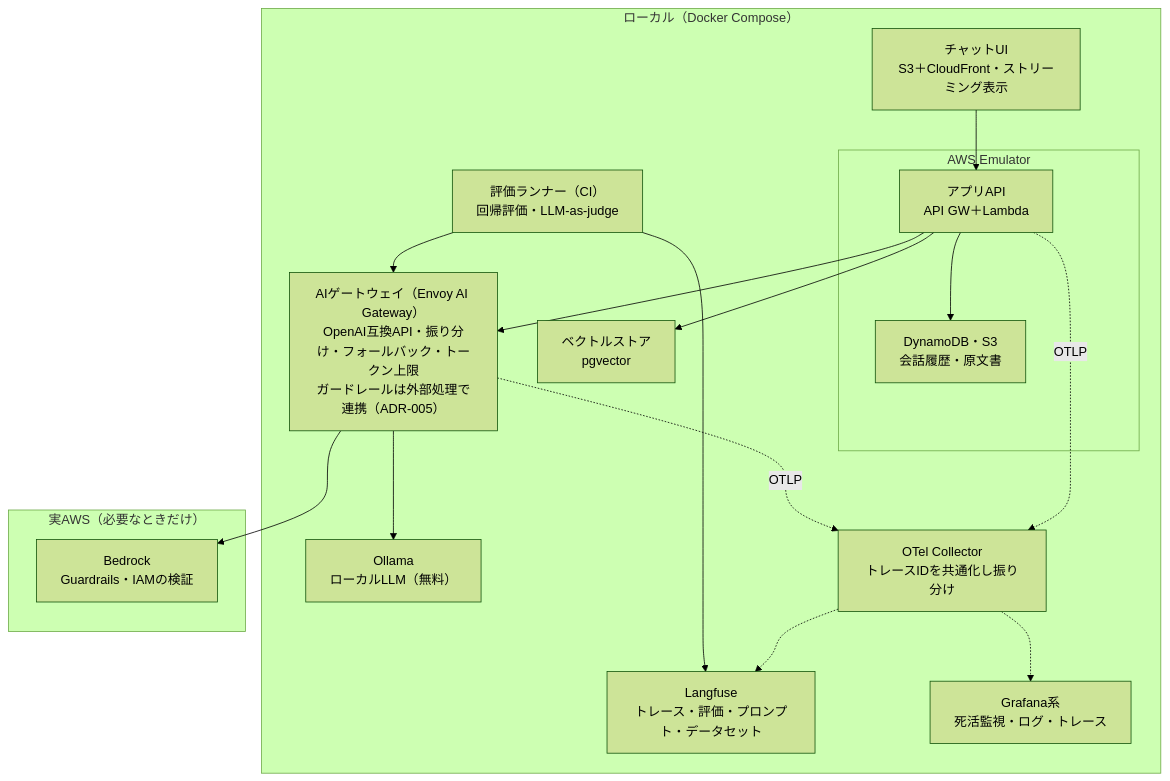
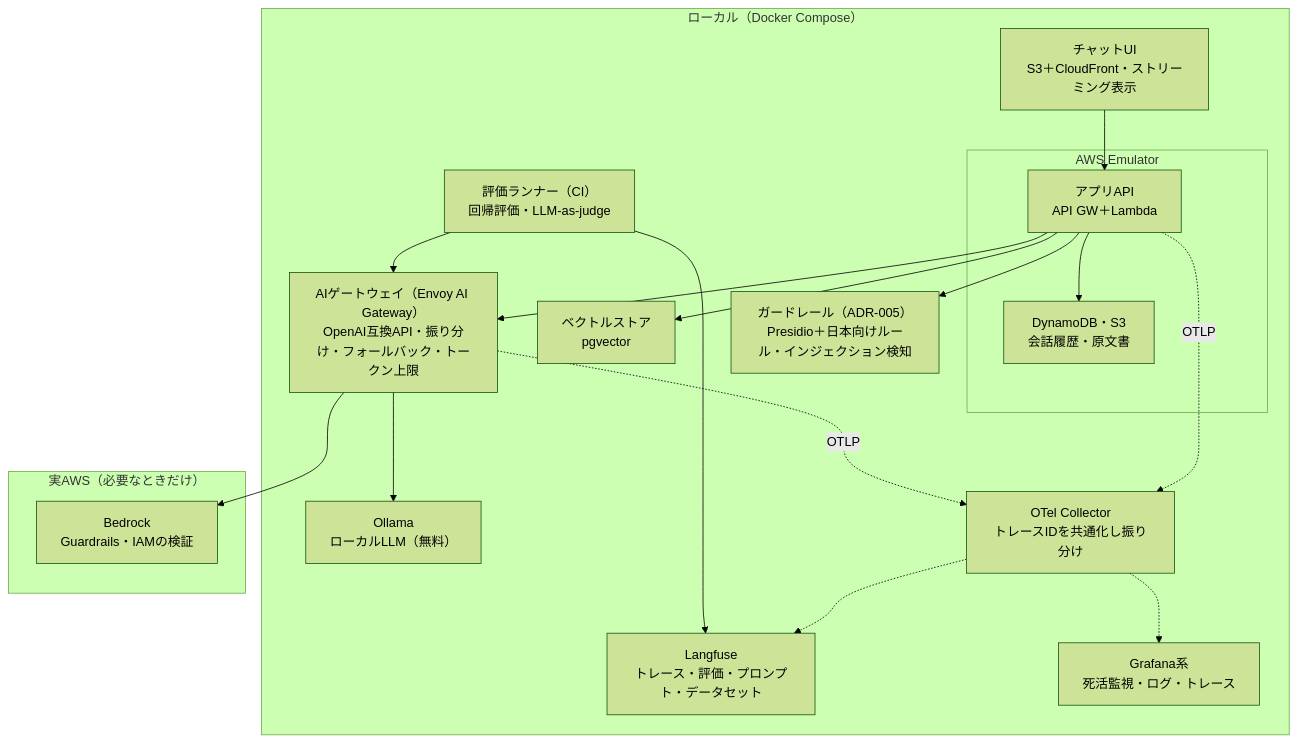
One commit to Kaaaaazuya/ai-platform-lab changed the first of 4 diagrams in docs/index.md. Above: the diagram before and after it, drawn with Mermaid (forest theme). The commit also changed other lines of this file and 17 other files, not shown here.

````diff
--- a/docs/index.md
+++ b/docs/index.md
@@ -27,32 +27,34 @@
 ```mermaid
 flowchart TB
   subgraph LOCAL["ローカル（Docker Compose）"]
     UI["チャットUI<br/>S3＋CloudFront・ストリーミング表示"]
     subgraph EMU["AWS Emulator"]
       API["アプリAPI<br/>API GW＋Lambda"]
       DATA["DynamoDB・S3<br/>会話履歴・原文書"]
     end
     VS["ベクトルストア<br/>pgvector"]
-    GW["AIゲートウェイ（Envoy AI Gateway）<br/>OpenAI互換API・振り分け・フォールバック・トークン上限<br/>ガードレールは外部処理で連携（ADR-005）"]
+    GW["AIゲートウェイ（Envoy AI Gateway）<br/>OpenAI互換API・振り分け・フォールバック・トークン上限"]
+    GR["ガードレール（ADR-005）<br/>Presidio＋日本向けルール・インジェクション検知"]
     OLLAMA["Ollama<br/>ローカルLLM（無料）"]
     COL["OTel Collector<br/>トレースIDを共通化し振り分け"]
     LF["Langfuse<br/>トレース・評価・プロンプト・データセット"]
     GRAF["Grafana系<br/>死活監視・ログ・トレース"]
     EVAL["評価ランナー（CI）<br/>回帰評価・LLM-as-judge"]
   end
   subgraph AWS["実AWS（必要なときだけ）"]
     BR["Bedrock<br/>Guardrails・IAMの検証"]
   end
   UI --> API
   API --> DATA
   API --> VS
+  API --> GR
   API --> GW
   GW --> OLLAMA
   GW --> BR
   EVAL --> GW
   EVAL --> LF
   GW -.OTLP.-> COL
   API -.OTLP.-> COL
   COL -.-> LF
   COL -.-> GRAF
 ```
````
